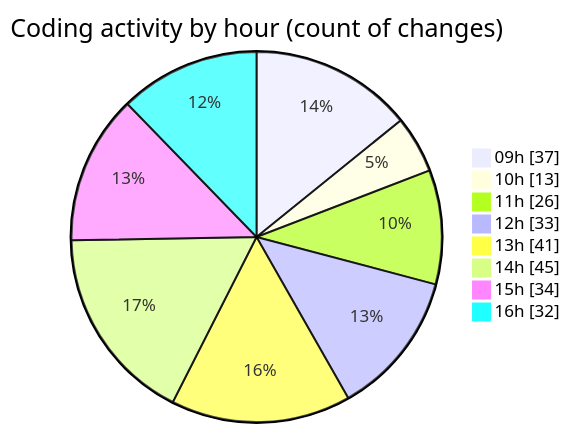
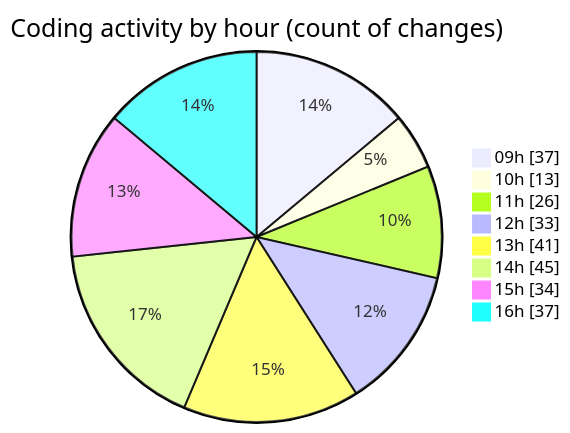
The second of 2 diagrams in 2026-04-23/cda/README.md (momahboobian/code-tracking), drawn with Mermaid before and after one commit. The commit also changed other lines of this file and 1 other file, not shown here.

````diff
--- a/2026-04-23/cda/README.md
+++ b/2026-04-23/cda/README.md
@@ -56,12 +56,12 @@
 ```mermaid
 pie showData
 title Coding activity by hour (count of changes)
 "09h" : 37
 "10h" : 13
 "11h" : 26
 "12h" : 33
 "13h" : 41
 "14h" : 45
 "15h" : 34
-"16h" : 32
+"16h" : 37
 ```
````
